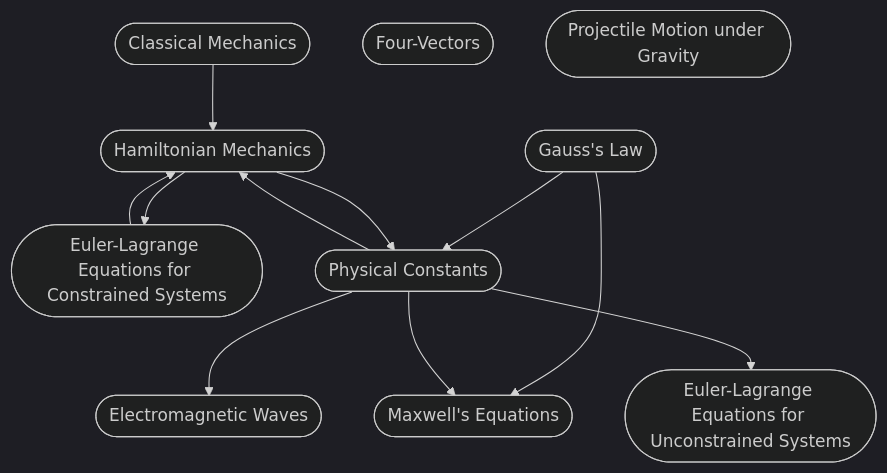
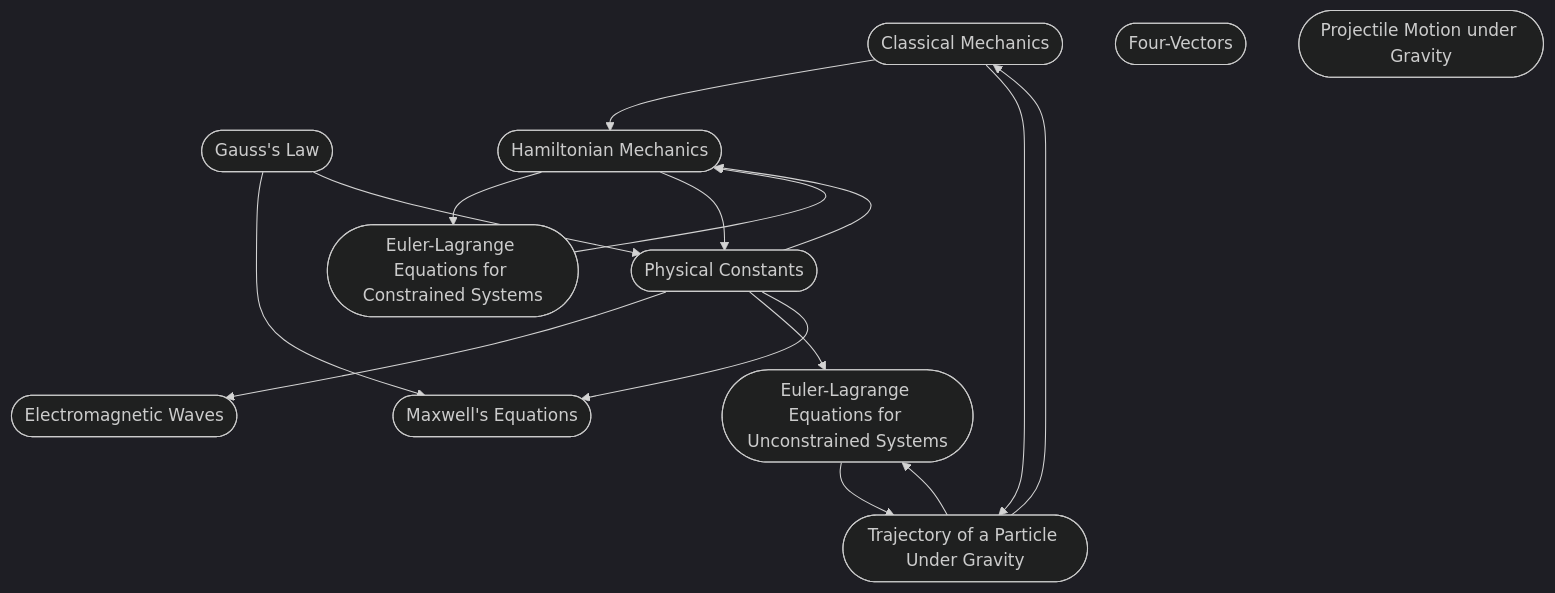
The diagram in KNOWLEDGE_GRAPH.md (Aaravshah2907/Physics-KB), drawn with Mermaid (dark theme) before and after one commit. The commit also changed 3 other files, not shown here.

Commit message:
Generate deep-dive: Trajectory of a particle under gravity

````diff
--- a/KNOWLEDGE_GRAPH.md
+++ b/KNOWLEDGE_GRAPH.md
@@ -3,23 +3,28 @@
 ```mermaid
 graph TD
   classical_mechanics([Classical Mechanics])
   electromagnetic_waves([Electromagnetic Waves])
   eulerlagrange_equations_for_constrained_systems([Euler-Lagrange Equations for Constrained Systems])
   eulerlagrange_equations_for_unconstrained_systems([Euler-Lagrange Equations for Unconstrained Systems])
   four_vectors([Four-Vectors])
   gauss_law([Gauss's Law])
   hamiltonian_mechanics([Hamiltonian Mechanics])
   maxwell_s_equations([Maxwell's Equations])
   physical_constants([Physical Constants])
   projectile_motion([Projectile Motion under Gravity])
+  trajectory_under_gravity([Trajectory of a Particle Under Gravity])
   classical_mechanics --> hamiltonian_mechanics
+  classical_mechanics --> trajectory_under_gravity
   eulerlagrange_equations_for_constrained_systems --> hamiltonian_mechanics
+  eulerlagrange_equations_for_unconstrained_systems --> trajectory_under_gravity
   gauss_law --> maxwell_s_equations
   gauss_law --> physical_constants
   hamiltonian_mechanics --> eulerlagrange_equations_for_constrained_systems
   hamiltonian_mechanics --> physical_constants
   physical_constants --> electromagnetic_waves
   physical_constants --> eulerlagrange_equations_for_unconstrained_systems
   physical_constants --> hamiltonian_mechanics
   physical_constants --> maxwell_s_equations
+  trajectory_under_gravity --> classical_mechanics
+  trajectory_under_gravity --> eulerlagrange_equations_for_unconstrained_systems
 ```
````
